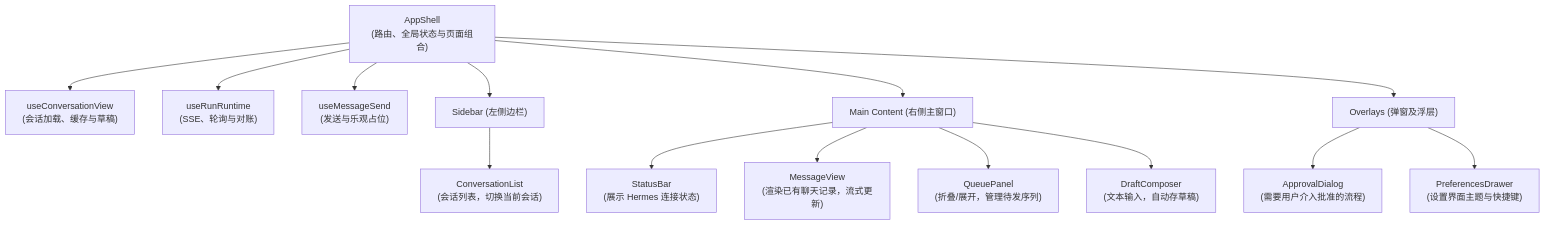
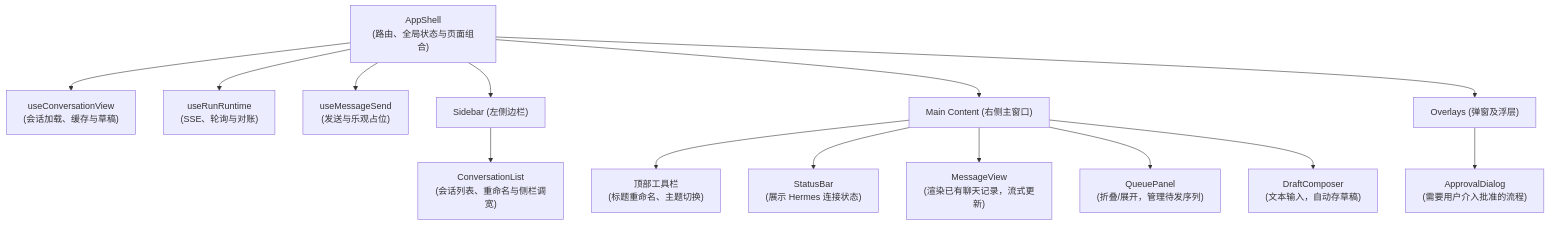
One commit to ermu03/emu-chat changed the third of 3 diagrams in docs/01-architecture.md. Above: the diagram before and after it, drawn with Mermaid. The commit also changed other lines of this file and 14 other files, not shown here.

````diff
--- a/docs/01-architecture.md
+++ b/docs/01-architecture.md
@@ -148,28 +148,28 @@
 ```mermaid
 flowchart TD
     AppShell["AppShell<br/>(路由、全局状态与页面组合)"]
     View["useConversationView<br/>(会话加载、缓存与草稿)"]
     Runtime["useRunRuntime<br/>(SSE、轮询与对账)"]
     Send["useMessageSend<br/>(发送与乐观占位)"]
     
     Sidebar["Sidebar (左侧边栏)"]
     Main["Main Content (右侧主窗口)"]
     Overlay["Overlays (弹窗及浮层)"]
     
     AppShell --> Sidebar
     AppShell --> Main
     AppShell --> Overlay
     AppShell --> View
     AppShell --> Runtime
     AppShell --> Send
     
-    Sidebar --> ConversationList["ConversationList<br/>(会话列表，切换当前会话)"]
+    Sidebar --> ConversationList["ConversationList<br/>(会话列表、重命名与侧栏调宽)"]
+    Main --> Toolbar["顶部工具栏<br/>(标题重命名、主题切换)"]
     Main --> StatusBar["StatusBar<br/>(展示 Hermes 连接状态)"]
     
     Main --> MessageView["MessageView<br/>(渲染已有聊天记录，流式更新)"]
     Main --> QueuePanel["QueuePanel<br/>(折叠/展开，管理待发序列)"]
     Main --> DraftComposer["DraftComposer<br/>(文本输入，自动存草稿)"]
     
     Overlay --> ApprovalDialog["ApprovalDialog<br/>(需要用户介入批准的流程)"]
-    Overlay --> PreferencesDrawer["PreferencesDrawer<br/>(设置界面主题与快捷键)"]
 ```
````
